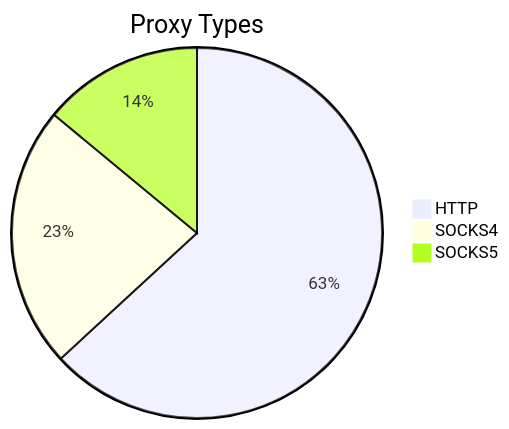
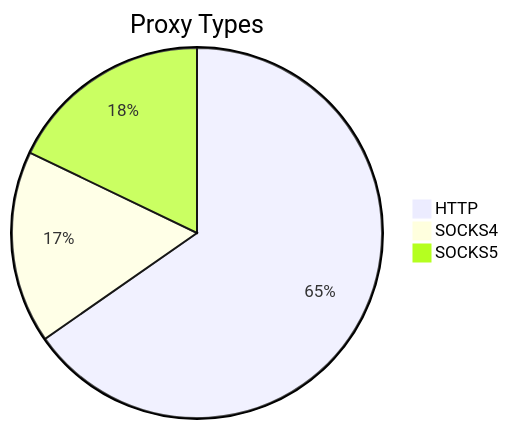
Before and after one commit to stormsia/proxy-list: the first of 2 diagrams in README.md, drawn with Mermaid. The commit also changed other lines of this file, not shown here.

````diff
--- a/README.md
+++ b/README.md
@@ -21,6 +21,6 @@
 ```mermaid
 pie title Proxy Types
-    "HTTP" : 663
-    "SOCKS4" : 240
-    "SOCKS5" : 147
+    "HTTP" : 435
+    "SOCKS4" : 112
+    "SOCKS5" : 119
 ```
````
